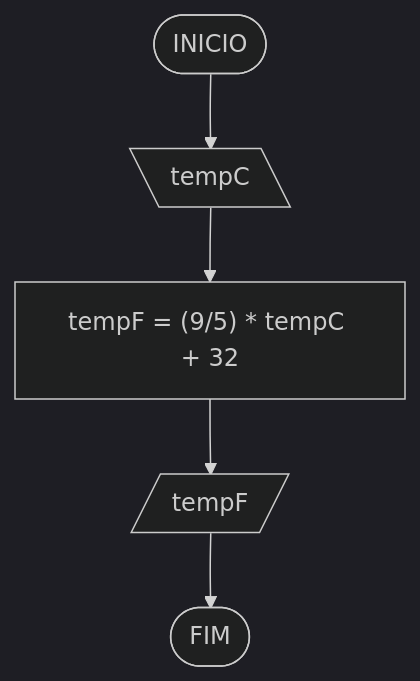
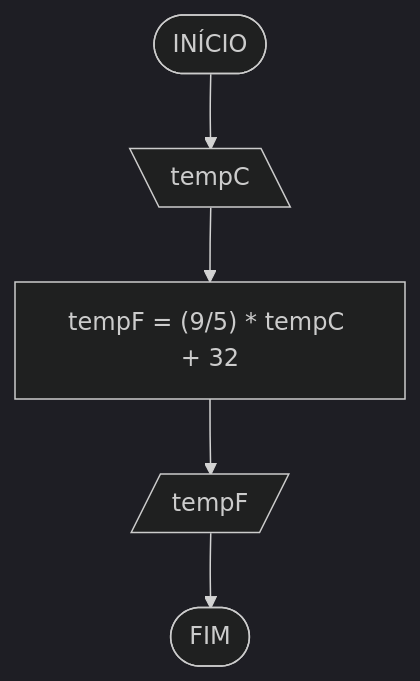
The fifth of 8 diagrams in JavaScript/Aula 1: Variáveis/aula1.md (Carlos-Eduardo-Freitas/JavaScript-C-JAVA-Python), drawn with Mermaid (dark theme) before and after one commit. The commit also changed other lines of this file, not shown here.

````diff
--- a/JavaScript/Aula 1: Variáveis/aula1.md
+++ b/JavaScript/Aula 1: Variáveis/aula1.md
@@ -208,7 +220,7 @@
 ```mermaid
 flowchart TD
-A([INICIO]) --> B[\tempC\]
+A([INÍCIO]) --> B[\tempC\]
 B --> C["tempF = (9/5) * tempC + 32"]
 C --> D[/"tempF"/]
 D --> E([FIM])
 ```
````
